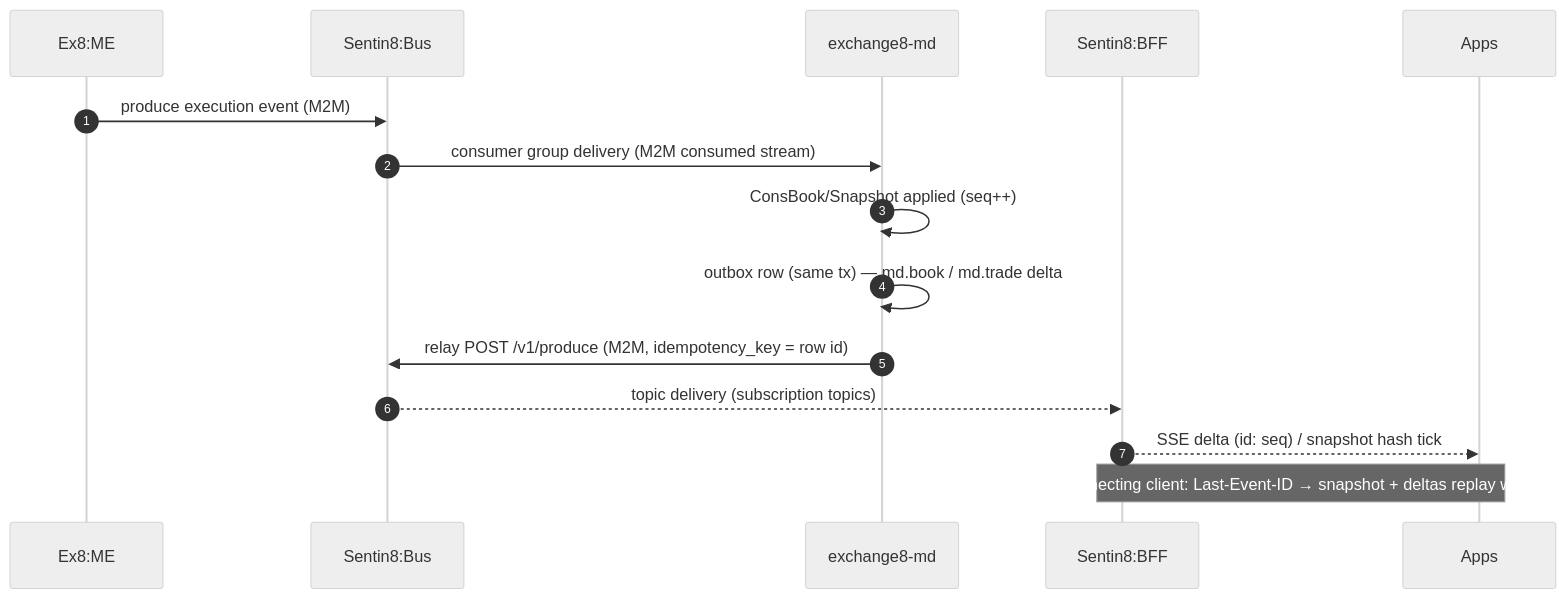
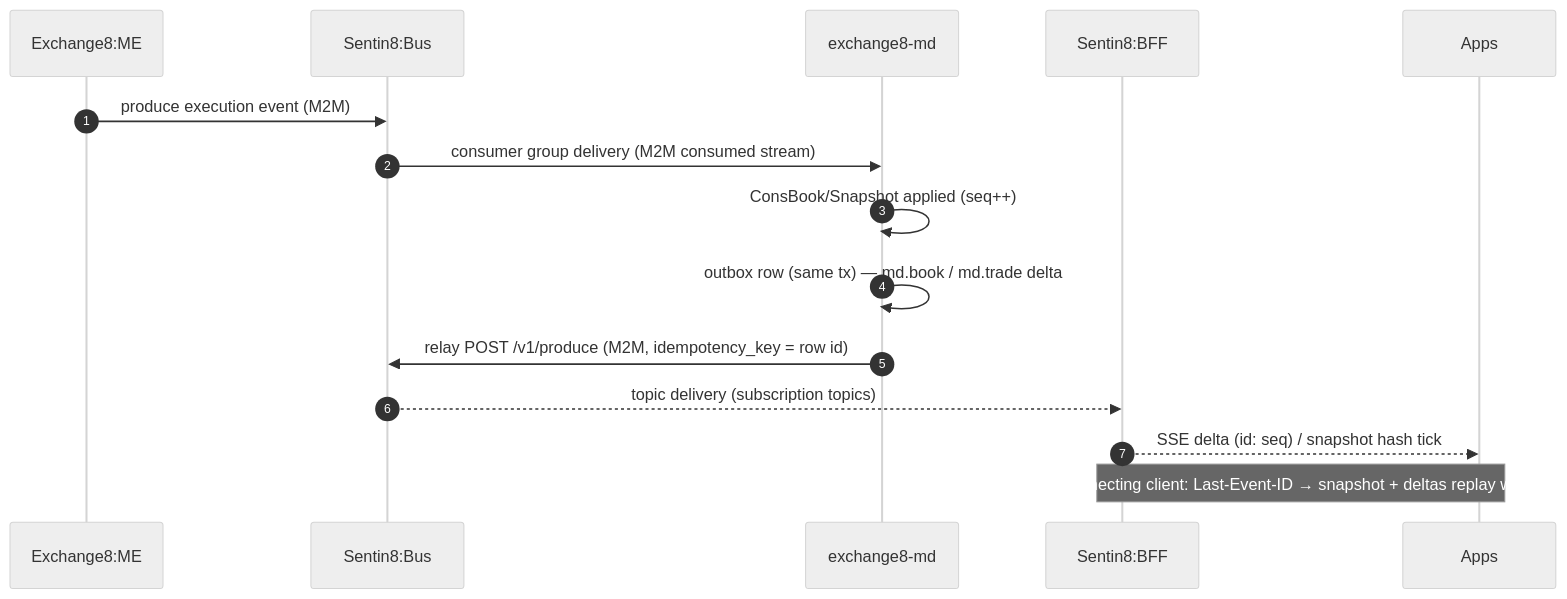
Before and after one commit to Exchange8-dev/exchange8-md: diagram 12 of 17 in DESIGN.md, drawn with Mermaid (neutral theme). The commit also changed other lines of this file and 10 other files, not shown here.

````diff
--- a/DESIGN.md
+++ b/DESIGN.md
@@ -504,18 +504,18 @@
 ```mermaid
 sequenceDiagram
     autonumber
-    participant ME as Ex8:ME
+    participant ME as Exchange8:ME
     participant BUSI as Sentin8:Bus
     participant SV as exchange8-md
     participant BFF2 as Sentin8:BFF
     participant APPS as Apps
 
     ME->>BUSI: produce execution event (M2M)
     BUSI->>SV: consumer group delivery (M2M consumed stream)
     SV->>SV: ConsBook/Snapshot applied (seq++)
     SV->>SV: outbox row (same tx) — md.book / md.trade delta
     SV->>BUSI: relay POST /v1/produce (M2M, idempotency_key = row id)
     BUSI-->>BFF2: topic delivery (subscription topics)
     BFF2-->>APPS: SSE delta (id: seq) / snapshot hash tick
     Note over BFF2,APPS: reconnecting client: Last-Event-ID → snapshot + deltas replay window
 ```
````
